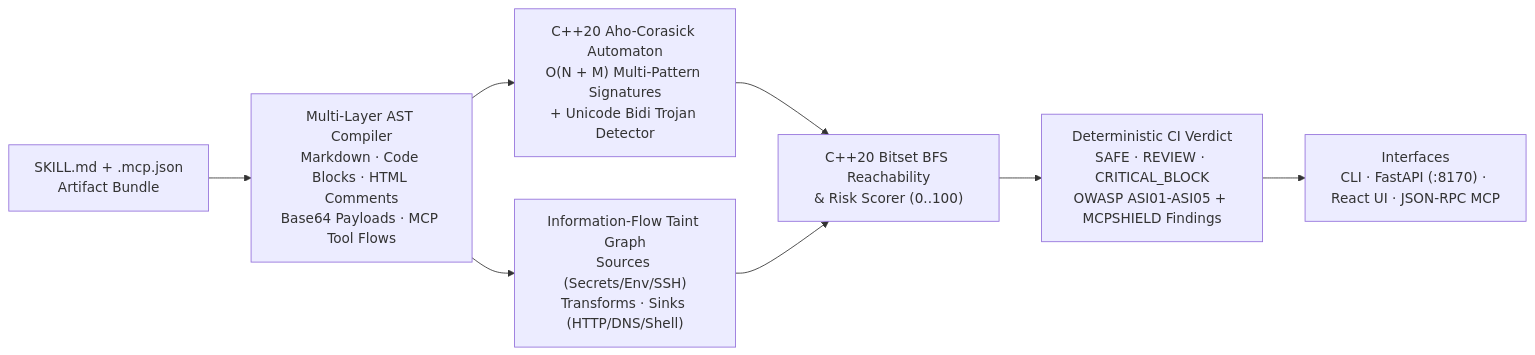
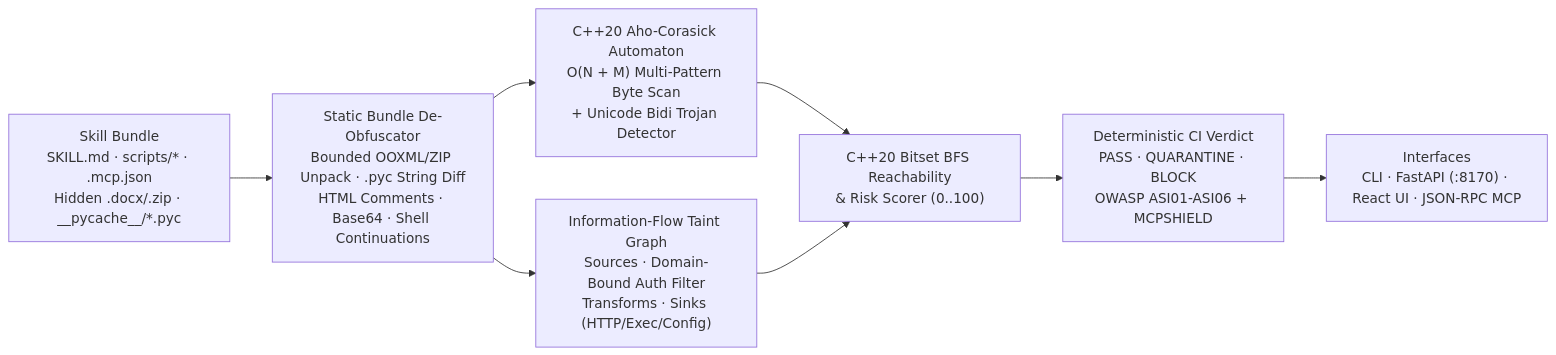
One commit to nagarjunak-pixel/skillbench changed the diagram in README.md. Above: the diagram before and after it, drawn with Mermaid. The commit also changed other lines of this file and 8 other files, not shown here.

````diff
--- a/README.md
+++ b/README.md
@@ -34,10 +67,10 @@
 ```mermaid
 flowchart LR
-    A["SKILL.md + .mcp.json\nArtifact Bundle"] --> B["Multi-Layer AST Compiler\nMarkdown · Code Blocks · HTML Comments\nBase64 Payloads · MCP Tool Flows"]
-    B --> C["C++20 Aho-Corasick Automaton\nO(N + M) Multi-Pattern Signatures\n+ Unicode Bidi Trojan Detector"]
-    B --> D["Information-Flow Taint Graph\nSources (Secrets/Env/SSH)\nTransforms · Sinks (HTTP/DNS/Shell)"]
+    A["Skill Bundle\nSKILL.md · scripts/* · .mcp.json\nHidden .docx/.zip · __pycache__/*.pyc"] --> B["Static Bundle De-Obfuscator\nBounded OOXML/ZIP Unpack · .pyc String Diff\nHTML Comments · Base64 · Shell Continuations"]
+    B --> C["C++20 Aho-Corasick Automaton\nO(N + M) Multi-Pattern Byte Scan\n+ Unicode Bidi Trojan Detector"]
+    B --> D["Information-Flow Taint Graph\nSources · Domain-Bound Auth Filter\nTransforms · Sinks (HTTP/Exec/Config)"]
     C --> E["C++20 Bitset BFS Reachability\n& Risk Scorer (0..100)"]
     D --> E
-    E --> F["Deterministic CI Verdict\nSAFE · REVIEW · CRITICAL_BLOCK\nOWASP ASI01-ASI05 + MCPSHIELD Findings"]
+    E --> F["Deterministic CI Verdict\nPASS · QUARANTINE · BLOCK\nOWASP ASI01-ASI06 + MCPSHIELD"]
     F --> G["Interfaces\nCLI · FastAPI (:8170) · React UI · JSON-RPC MCP"]
 ```
````
